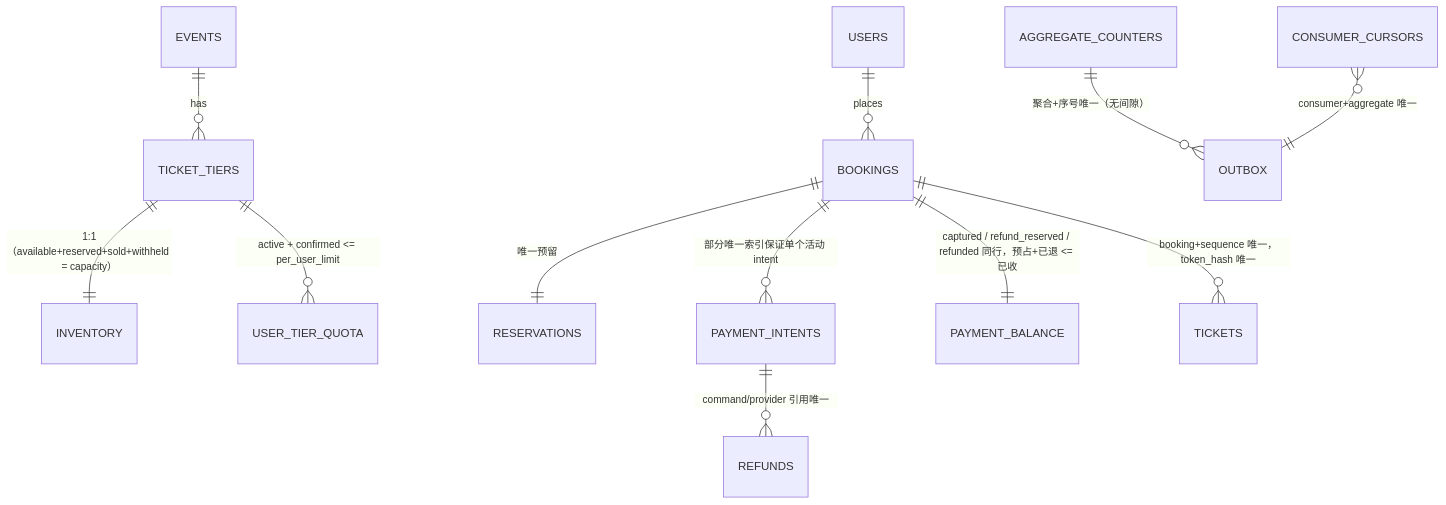
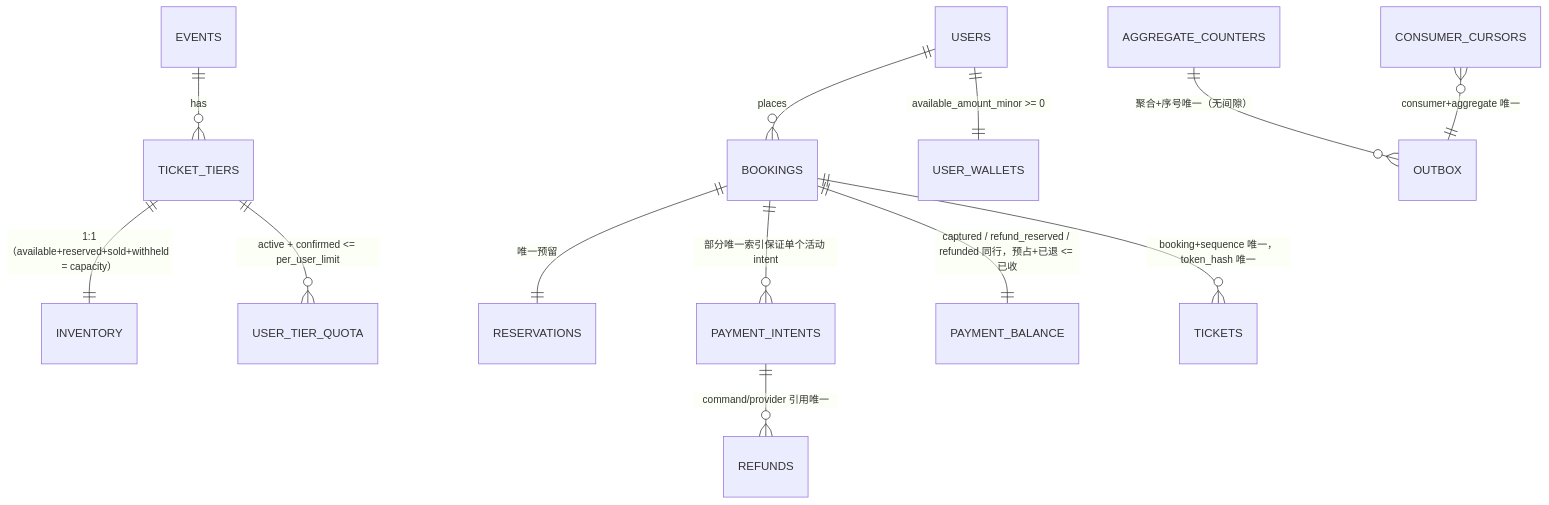
One commit to kaiwenyao/eventpulse changed the second of 6 diagrams in docs/architecture.md. Above: the diagram before and after it, drawn with Mermaid. The commit also changed other lines of this file and 41 other files, not shown here.

````diff
--- a/docs/architecture.md
+++ b/docs/architecture.md
@@ -43,14 +41,15 @@
 ```mermaid
 erDiagram
     USERS ||--o{ BOOKINGS : places
     EVENTS ||--o{ TICKET_TIERS : has
     TICKET_TIERS ||--|| INVENTORY : "1:1（available+reserved+sold+withheld = capacity）"
     TICKET_TIERS ||--o{ USER_TIER_QUOTA : "active + confirmed <= per_user_limit"
     BOOKINGS ||--|| RESERVATIONS : "唯一预留"
     BOOKINGS ||--o{ PAYMENT_INTENTS : "部分唯一索引保证单个活动 intent"
     BOOKINGS ||--|| PAYMENT_BALANCE : "captured / refund_reserved / refunded 同行，预占+已退 <= 已收"
+    USERS ||--|| USER_WALLETS : "available_amount_minor >= 0"
     BOOKINGS ||--o{ TICKETS : "booking+sequence 唯一，token_hash 唯一"
     PAYMENT_INTENTS ||--o{ REFUNDS : "command/provider 引用唯一"
     AGGREGATE_COUNTERS ||--o{ OUTBOX : "聚合+序号唯一（无间隙）"
     CONSUMER_CURSORS }o--|| OUTBOX : "consumer+aggregate 唯一"
 ```
````
